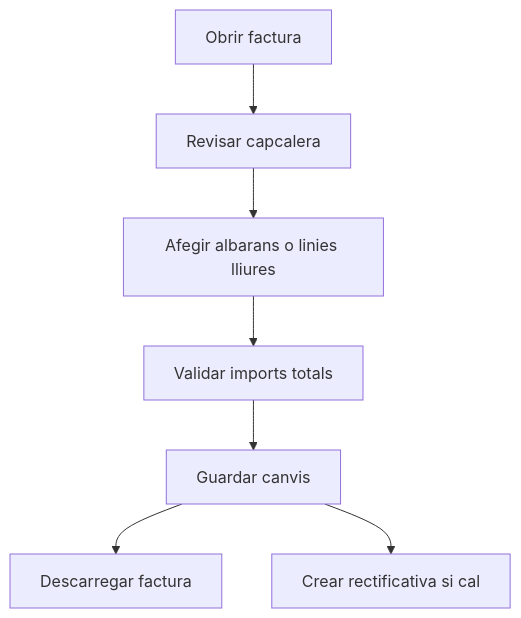
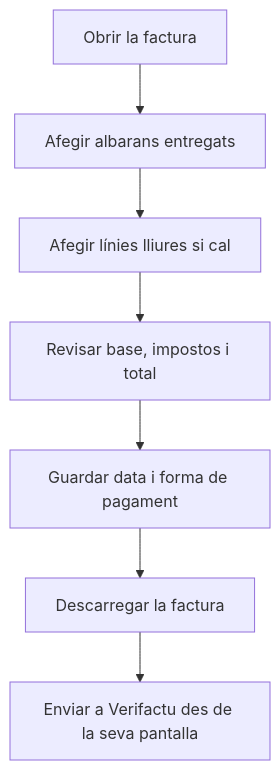
Before and after one commit to MGurtD/lilith: the diagram in frontend/src/help/ca/sales/salesinvoice/detail.md, drawn with Mermaid. The commit also changed other lines of this file and 331 other files, not shown here.

````diff
--- a/frontend/src/help/ca/sales/salesinvoice/detail.md
+++ b/frontend/src/help/ca/sales/salesinvoice/detail.md
@@ -43,9 +57,9 @@
 ```mermaid
 flowchart TD
-    A[Obrir factura] --> B[Revisar capcalera]
-    B --> C[Afegir albarans o linies lliures]
-    C --> D[Validar imports totals]
-    D --> E[Guardar canvis]
-    E --> F[Descarregar factura]
-    E --> G[Crear rectificativa si cal]
+    A[Obrir la factura] --> B[Afegir albarans entregats]
+    B --> C[Afegir línies lliures si cal]
+    C --> D[Revisar base, impostos i total]
+    D --> E[Guardar data i forma de pagament]
+    E --> F[Descarregar la factura]
+    F --> G[Enviar a Verifactu des de la seva pantalla]
 ```
````
